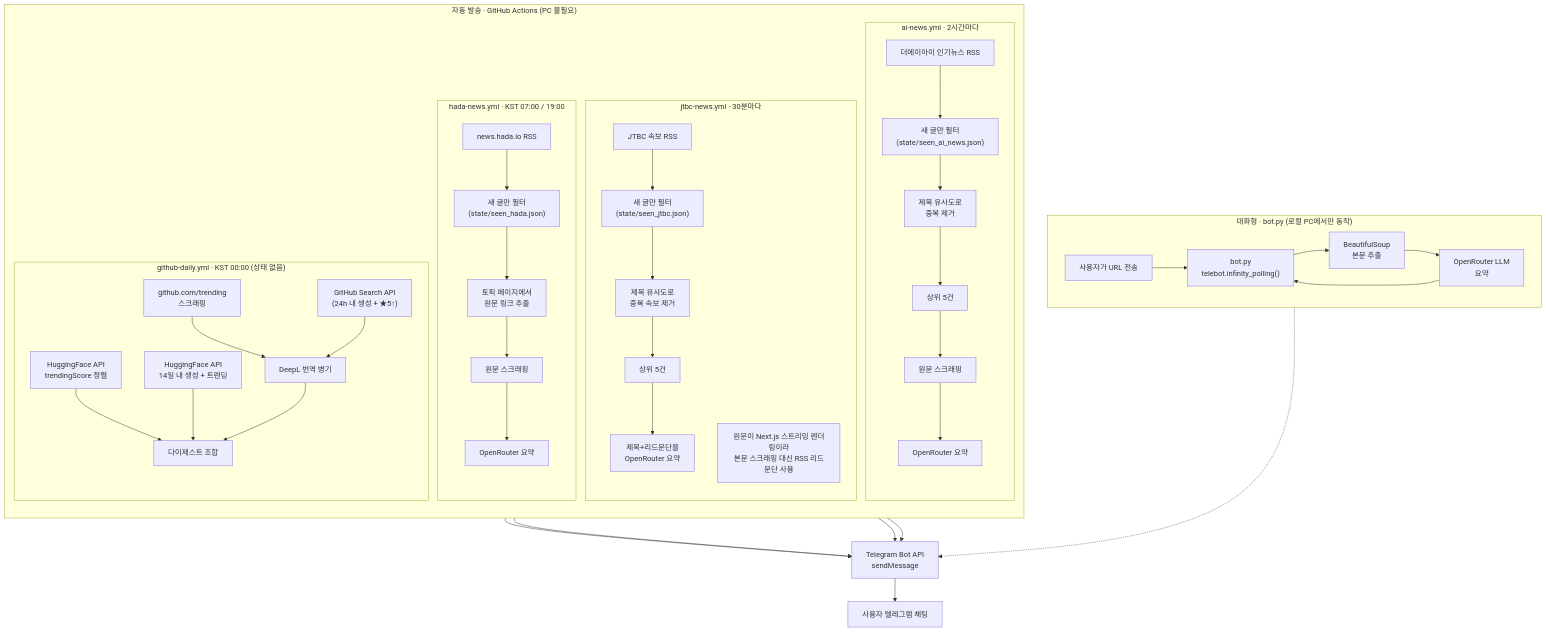
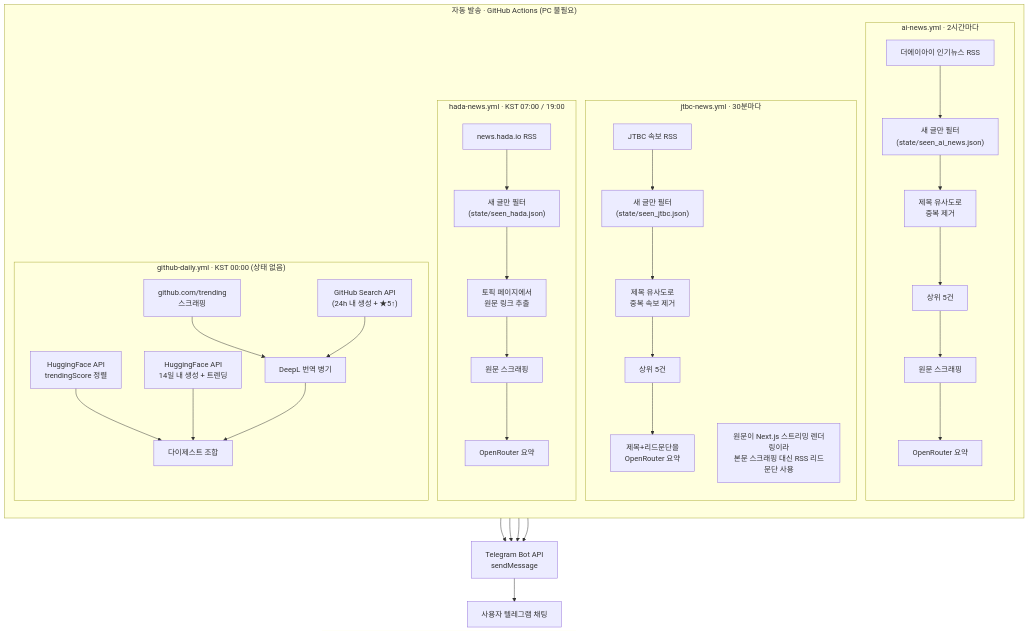
One commit to jeong7-ux/daily-brief changed the diagram in docs/architecture.md. Above: the diagram before and after it, drawn with Mermaid. The commit also changed other lines of this file and 3 other files, not shown here.

First line of the commit message:
refactor: 대화형 URL 요약 봇(bot.py) 제거

````diff
--- a/docs/architecture.md
+++ b/docs/architecture.md
@@ -12,53 +10,44 @@
 ```mermaid
 flowchart TB
-    subgraph interactive["대화형 · bot.py (로컬 PC에서만 동작)"]
-        direction LR
-        U1["사용자가 URL 전송"] --> BOT["bot.py\ntelebot.infinity_polling()"]
-        BOT --> EX1["BeautifulSoup\n본문 추출"]
-        EX1 --> LLM1["OpenRouter LLM\n요약"]
-        LLM1 --> BOT
-    end
-
     subgraph actions["자동 발송 · GitHub Actions (PC 불필요)"]
         direction TB
 
         subgraph hada["hada-news.yml · KST 07:00 / 19:00"]
             H1["news.hada.io RSS"] --> H2["새 글만 필터\n(state/seen_hada.json)"]
             H2 --> H3["토픽 페이지에서\n원문 링크 추출"]
             H3 --> H4["원문 스크래핑"]
             H4 --> H5["OpenRouter 요약"]
         end
 
         subgraph jtbc["jtbc-news.yml · 30분마다"]
             J1["JTBC 속보 RSS"] --> J2["새 글만 필터\n(state/seen_jtbc.json)"]
             J2 --> J3["제목 유사도로\n중복 속보 제거"]
             J3 --> J4["상위 5건"]
             J4 --> J5["제목+리드문단을\nOpenRouter 요약"]
             note1["원문이 Next.js 스트리밍 렌더링이라\n본문 스크래핑 대신 RSS 리드문단 사용"]
         end
 
         subgraph ai["ai-news.yml · 2시간마다"]
             A1["더에이아이 인기뉴스 RSS"] --> A2["새 글만 필터\n(state/seen_ai_news.json)"]
             A2 --> A3["제목 유사도로\n중복 제거"]
             A3 --> A4["상위 5건"]
             A4 --> A5["원문 스크래핑"]
             A5 --> A6["OpenRouter 요약"]
         end
 
         subgraph gh["github-daily.yml · KST 00:00 (상태 없음)"]
             G1["github.com/trending\n스크래핑"] --> G5["DeepL 번역 병기"]
             G2["GitHub Search API\n(24h 내 생성 + ★5↑)"] --> G5
             G3["HuggingFace API\ntrendingScore 정렬"] --> G6["다이제스트 조합"]
             G4["HuggingFace API\n14일 내 생성 + 트렌딩"] --> G6
             G5 --> G6
         end
     end
 
     H5 --> TG["Telegram Bot API\nsendMessage"]
     J5 --> TG
     A6 --> TG
     G6 --> TG
-    LLM1 -.-> TG
 
     TG --> USER["사용자 텔레그램 채팅"]
 ```
````
